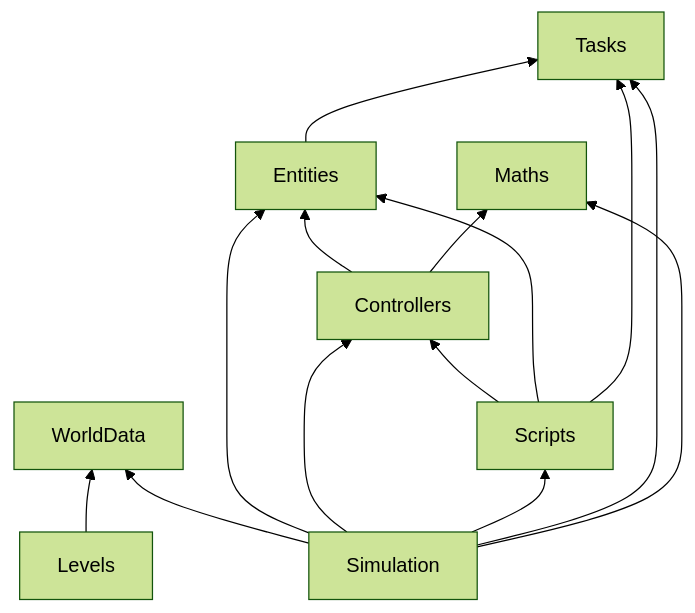
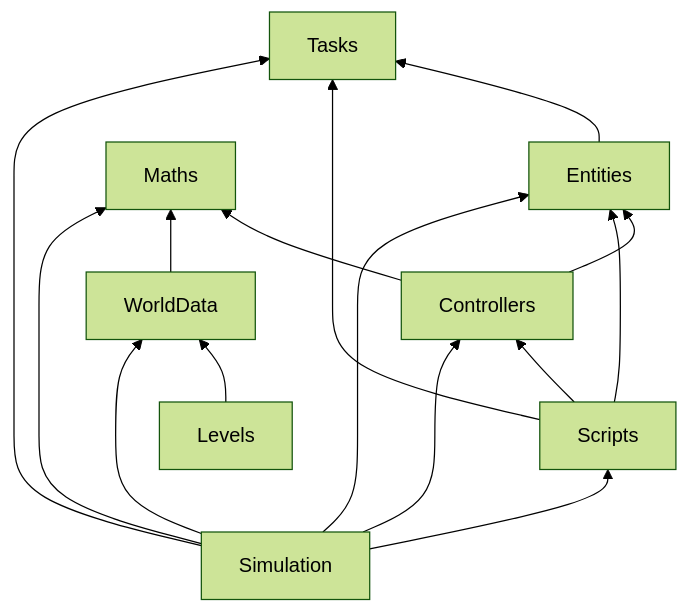
The diagram in src/BodyCheck.Core/architecture.md (therighttrousers/bodycheck), drawn with Mermaid (forest theme) before and after one commit. The commit also changed other lines of this file and 35 other files, not shown here.

````diff
--- a/src/BodyCheck.Core/architecture.md
+++ b/src/BodyCheck.Core/architecture.md
@@ -54,16 +54,17 @@
 ```mermaid
 graph BT
     Controllers --> Entities
     Controllers --> Maths
     Entities --> Tasks
     Levels --> WorldData
+    WorldData --> Maths
     Scripts --> Controllers
     Scripts --> Entities
     Scripts --> Tasks
     Simulation --> WorldData
     Simulation --> Entities
     Simulation --> Controllers
     Simulation --> Scripts
     Simulation --> Tasks
     Simulation --> Maths
 ```
````
